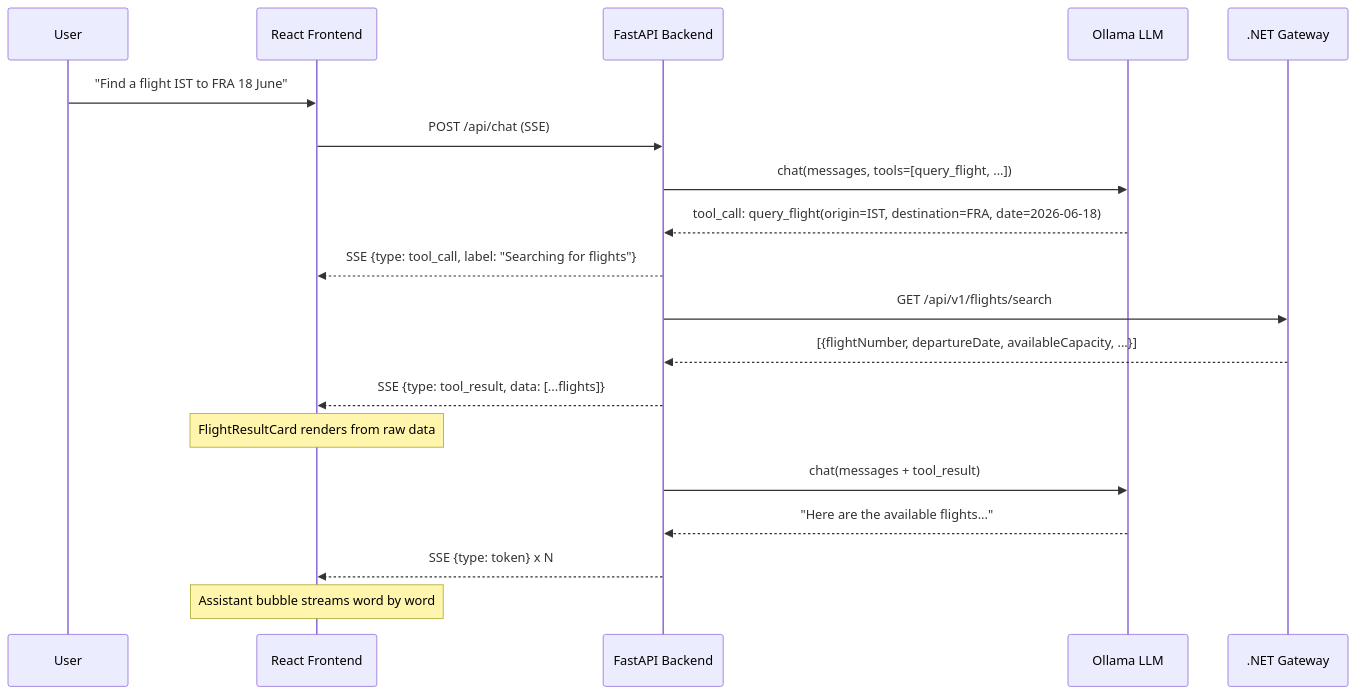
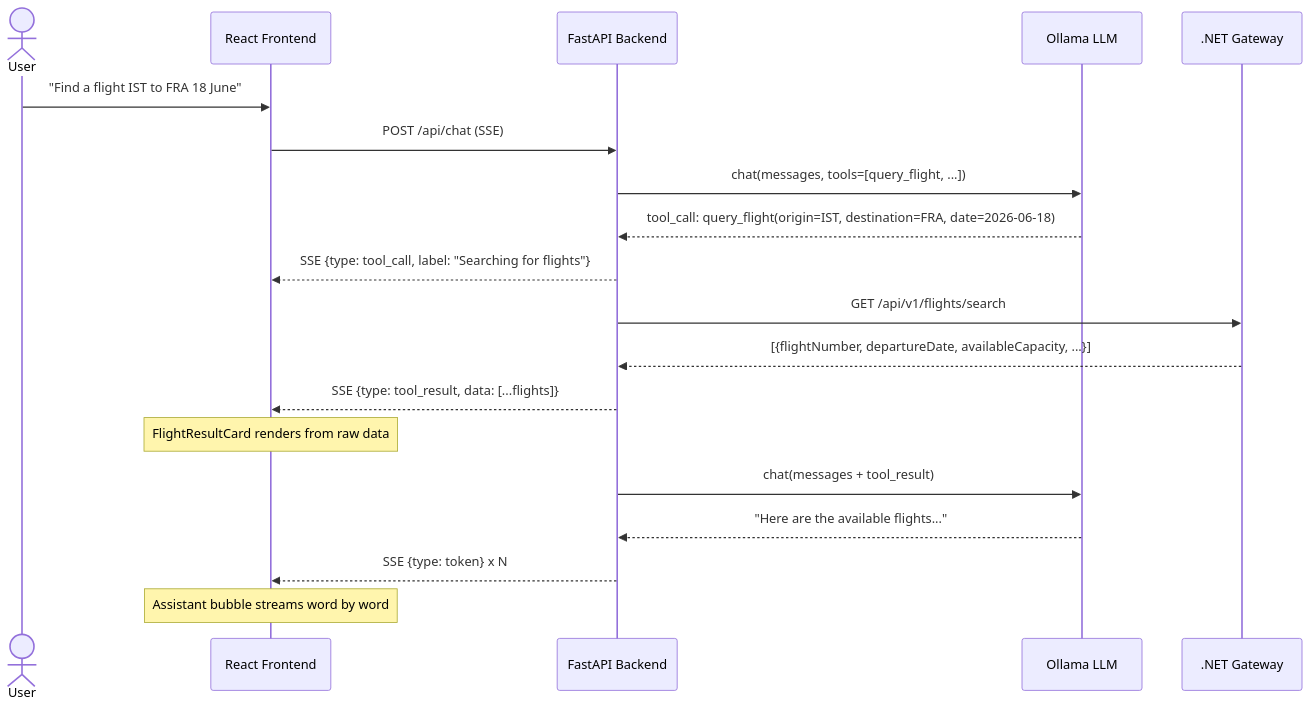
The first of 2 diagrams in README.md (this-Demir/airline-mcp-agent), drawn with Mermaid before and after one commit. The commit also changed other lines of this file, not shown here.

````diff
--- a/README.md
+++ b/README.md
@@ -57,22 +38,22 @@
 ```mermaid
 sequenceDiagram
-    participant U as User
+    actor U as User
     participant FE as React Frontend
     participant BE as FastAPI Backend
     participant LLM as Ollama LLM
     participant GW as .NET Gateway
 
     U->>FE: "Find a flight IST to FRA 18 June"
     FE->>BE: POST /api/chat (SSE)
     BE->>LLM: chat(messages, tools=[query_flight, ...])
     LLM-->>BE: tool_call: query_flight(origin=IST, destination=FRA, date=2026-06-18)
     BE-->>FE: SSE {type: tool_call, label: "Searching for flights"}
     BE->>GW: GET /api/v1/flights/search
     GW-->>BE: [{flightNumber, departureDate, availableCapacity, ...}]
     BE-->>FE: SSE {type: tool_result, data: [...flights]}
     Note over FE: FlightResultCard renders from raw data
     BE->>LLM: chat(messages + tool_result)
     LLM-->>BE: "Here are the available flights..."
     BE-->>FE: SSE {type: token} x N
     Note over FE: Assistant bubble streams word by word
 ```
````
